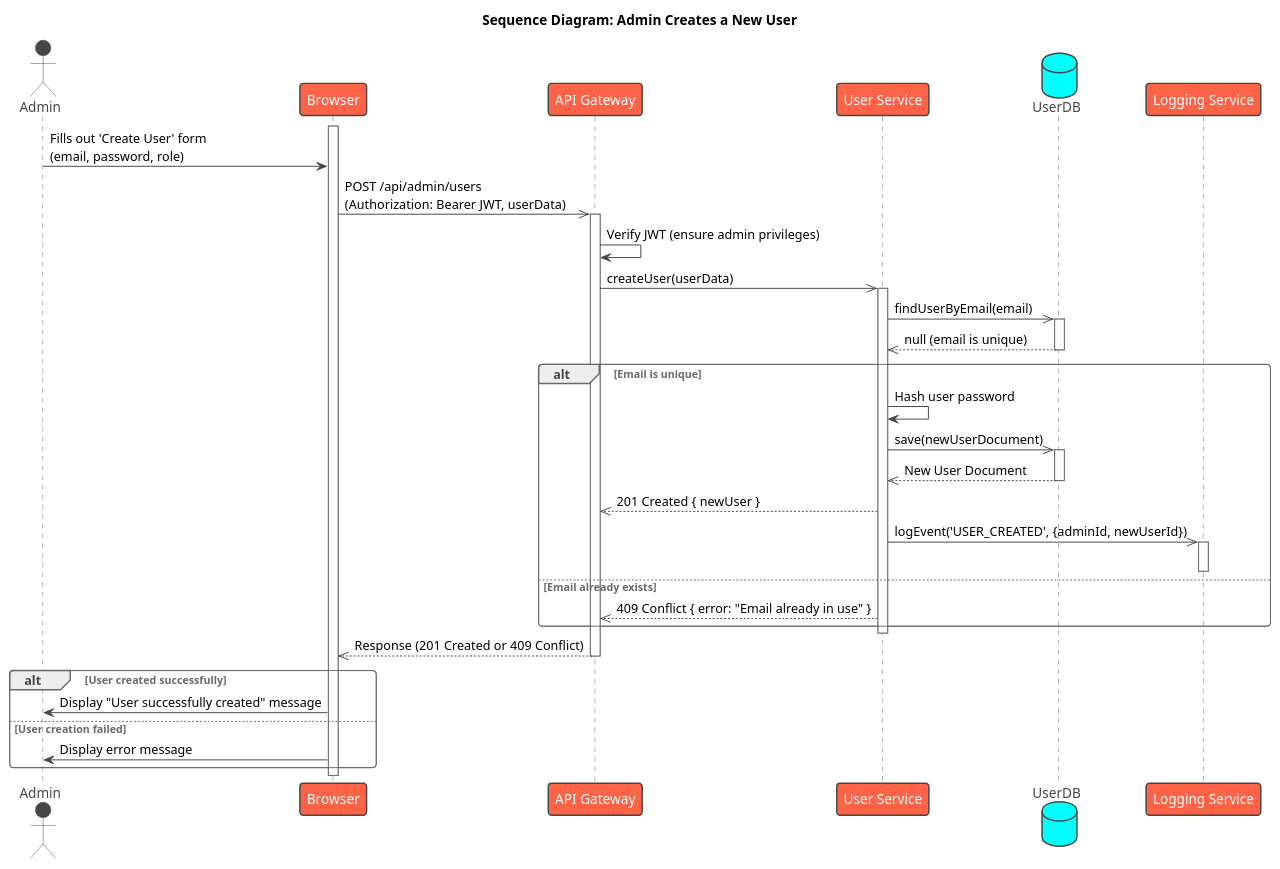
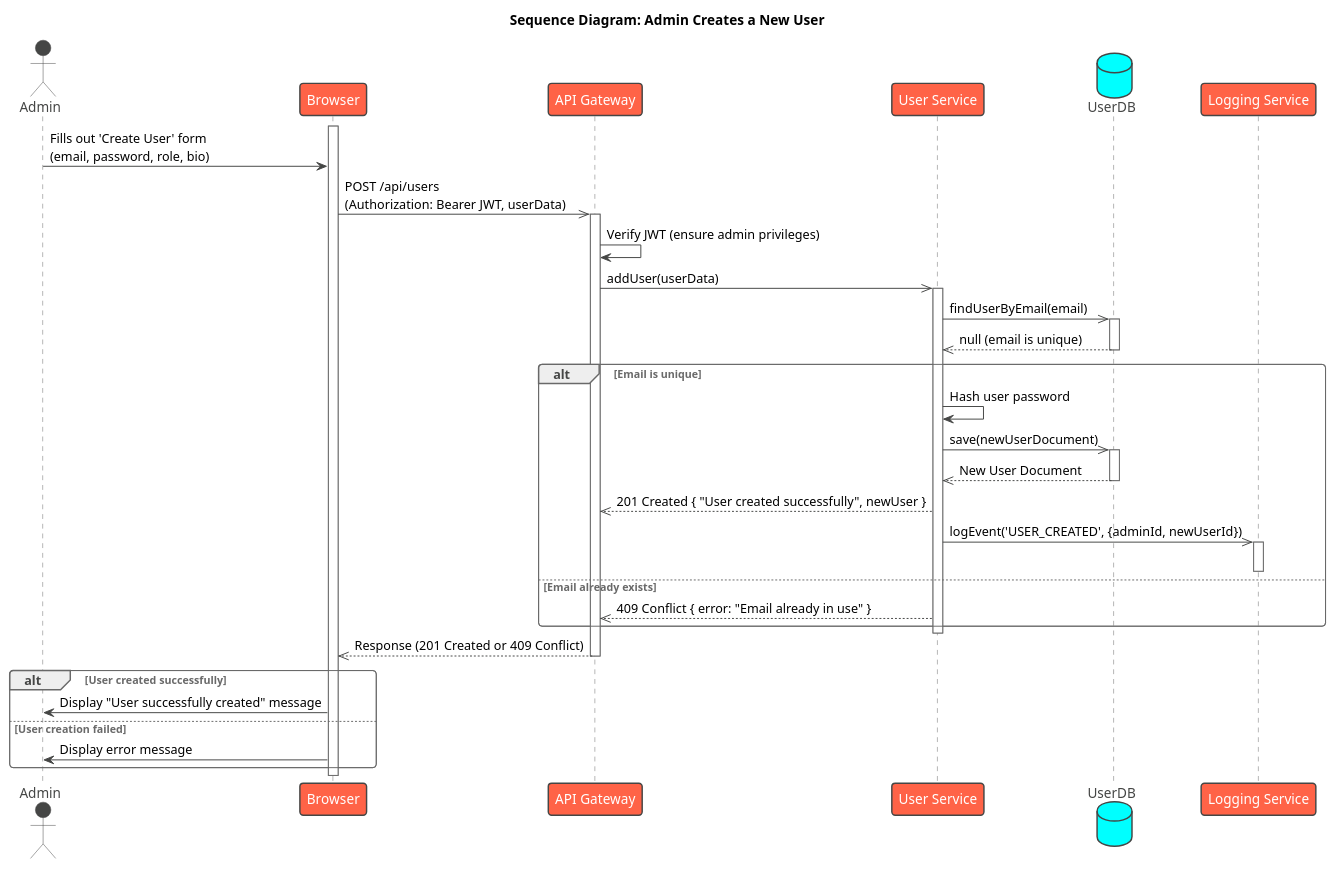
One commit to Arado3333/PageByPage_Israel_Arad changed the diagram in UML/Sequences/Admin/AdminUserCreationSeq.puml. Above: the diagram before and after it, drawn with PlantUML. The commit also changed 13 other files, not shown here.

```diff
--- a/UML/Sequences/Admin/AdminUserCreationSeq.puml
+++ b/UML/Sequences/Admin/AdminUserCreationSeq.puml
@@ -1,55 +1,55 @@
 @startuml
 !theme vibrant
 
 title Sequence Diagram: Admin Creates a New User
 
 actor Admin
 participant Browser
 participant "API Gateway" as Gateway
 participant "User Service" as UserService
 database "UserDB"
 participant "Logging Service" as LoggingService
 
 activate Browser
-Admin -> Browser : Fills out 'Create User' form\n(email, password, role)
-Browser ->> Gateway : POST /api/admin/users\n(Authorization: Bearer JWT, userData)
+Admin -> Browser : Fills out 'Create User' form\n(email, password, role, bio)
+Browser ->> Gateway : POST /api/users\n(Authorization: Bearer JWT, userData)
 activate Gateway
 
 Gateway -> Gateway : Verify JWT (ensure admin privileges)
-Gateway ->> UserService : createUser(userData)
+Gateway ->> UserService : addUser(userData)
 activate UserService
 
 UserService ->> UserDB : findUserByEmail(email)
 activate UserDB
 UserDB -->> UserService : null (email is unique)
 deactivate UserDB
 
 alt Email is unique
     UserService -> UserService : Hash user password
     UserService ->> UserDB : save(newUserDocument)
     activate UserDB
     UserDB -->> UserService : New User Document
     deactivate UserDB
 
-    UserService -->> Gateway : 201 Created { newUser }
+    UserService -->> Gateway : 201 Created { "User created successfully", newUser }
     
     ' Asynchronous Logging
     
     UserService ->> LoggingService : logEvent('USER_CREATED', {adminId, newUserId})
     activate LoggingService
     deactivate LoggingService
 else Email already exists
     UserService -->> Gateway : 409 Conflict { error: "Email already in use" }
 end
 
 deactivate UserService
 Gateway -->> Browser : Response (201 Created or 409 Conflict)
 deactivate Gateway
 
 alt User created successfully
     Browser -> Admin : Display "User successfully created" message
 else User creation failed
     Browser -> Admin : Display error message
 end
 
 @enduml
```
